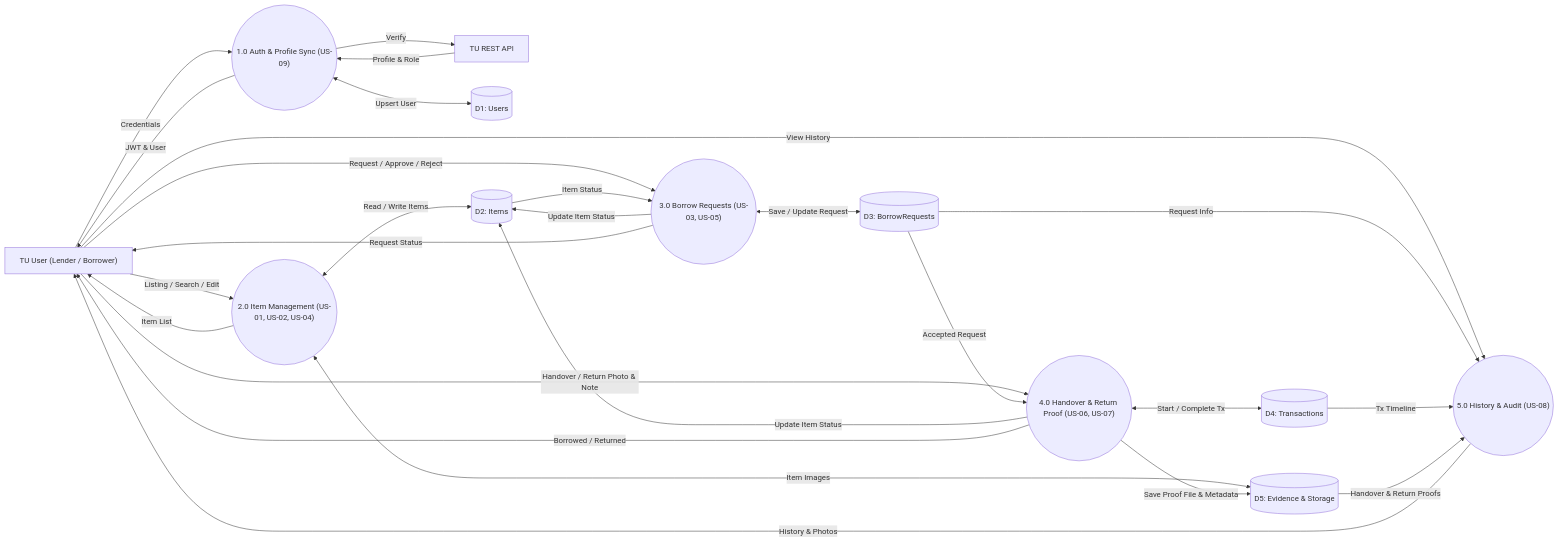
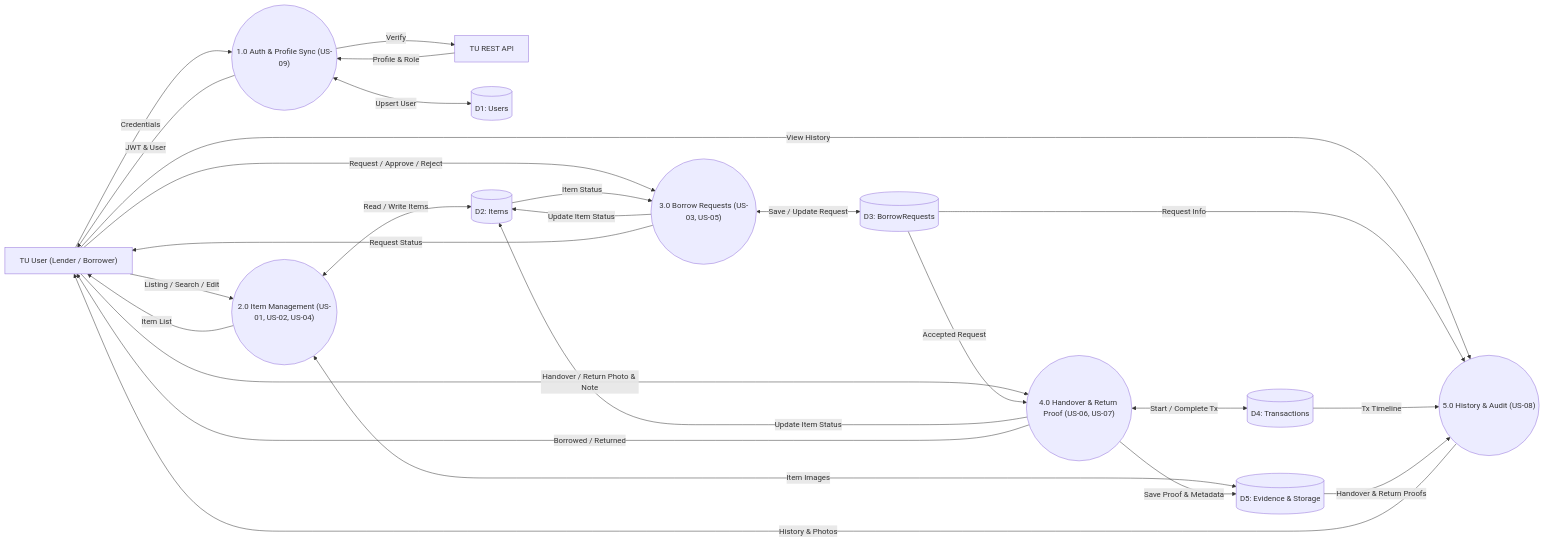
Before and after one commit to nrokariw/CS261_G06: the second of 31 diagrams in docs/project/user-stories/UML_and_DFD_Overview.md, drawn with Mermaid. The commit also changed other lines of this file and 18 other files, not shown here.

Commit message:
docs(uml): add per-story DFD and UML activity diagrams for US-01 to US-09

````diff
--- a/docs/project/user-stories/UML_and_DFD_Overview.md
+++ b/docs/project/user-stories/UML_and_DFD_Overview.md
@@ -26,47 +26,47 @@
 ```mermaid
 flowchart LR
     User["TU User (Lender / Borrower)"]
     TUAPI["TU REST API"]
 
     P1(("1.0 Auth & Profile Sync (US-09)"))
     P2(("2.0 Item Management (US-01, US-02, US-04)"))
     P3(("3.0 Borrow Requests (US-03, US-05)"))
     P4(("4.0 Handover & Return Proof (US-06, US-07)"))
     P5(("5.0 History & Audit (US-08)"))
 
     D1[("D1: Users")]
     D2[("D2: Items")]
     D3[("D3: BorrowRequests")]
     D4[("D4: Transactions")]
     D5[("D5: Evidence & Storage")]
 
     User -->|"Credentials"| P1
     P1 -->|"Verify"| TUAPI
     TUAPI -->|"Profile & Role"| P1
     P1 <-->|"Upsert User"| D1
     P1 -->|"JWT & User"| User
 
     User -->|"Listing / Search / Edit"| P2
     P2 <-->|"Read / Write Items"| D2
     P2 <-->|"Item Images"| D5
     P2 -->|"Item List"| User
 
     User -->|"Request / Approve / Reject"| P3
     D2 -->|"Item Status"| P3
     P3 <-->|"Save / Update Request"| D3
     P3 -->|"Update Item Status"| D2
     P3 -->|"Request Status"| User
 
     User -->|"Handover / Return Photo & Note"| P4
     D3 -->|"Accepted Request"| P4
     P4 <-->|"Start / Complete Tx"| D4
-    P4 -->|"Save Proof File & Metadata"| D5
+    P4 -->|"Save Proof & Metadata"| D5
     P4 -->|"Update Item Status"| D2
     P4 -->|"Borrowed / Returned"| User
 
     User -->|"View History"| P5
     D3 -->|"Request Info"| P5
     D4 -->|"Tx Timeline"| P5
     D5 -->|"Handover & Return Proofs"| P5
     P5 -->|"History & Photos"| User
 ```
````
